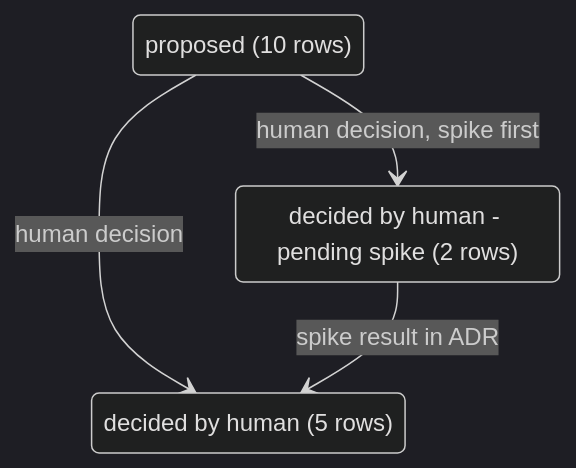
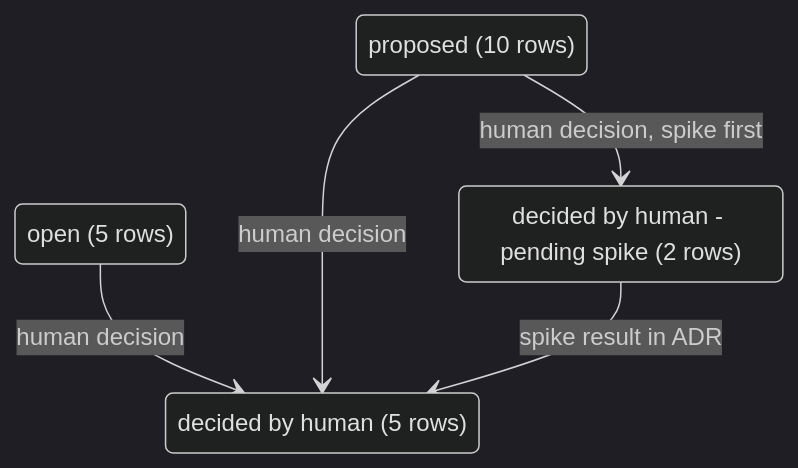
One commit to virgenherrera/lan-solution-template changed the third of 5 diagrams in docs/roadmap/PROPOSAL.md. Above: the diagram before and after it, drawn with Mermaid (dark theme). The commit also changed other lines of this file and 5 other files, not shown here.

````diff
--- a/docs/roadmap/PROPOSAL.md
+++ b/docs/roadmap/PROPOSAL.md
@@ -96,9 +96,11 @@
 ```mermaid
 stateDiagram-v2
     state "proposed (10 rows)" as proposed
     state "decided by human (5 rows)" as human_decision
     state "decided by human - pending spike (2 rows)" as pending_spike
+    state "open (5 rows)" as open_q
+    open_q --> human_decision : human decision
     proposed --> human_decision : human decision
     proposed --> pending_spike : human decision, spike first
     pending_spike --> human_decision : spike result in ADR
 ```
````
